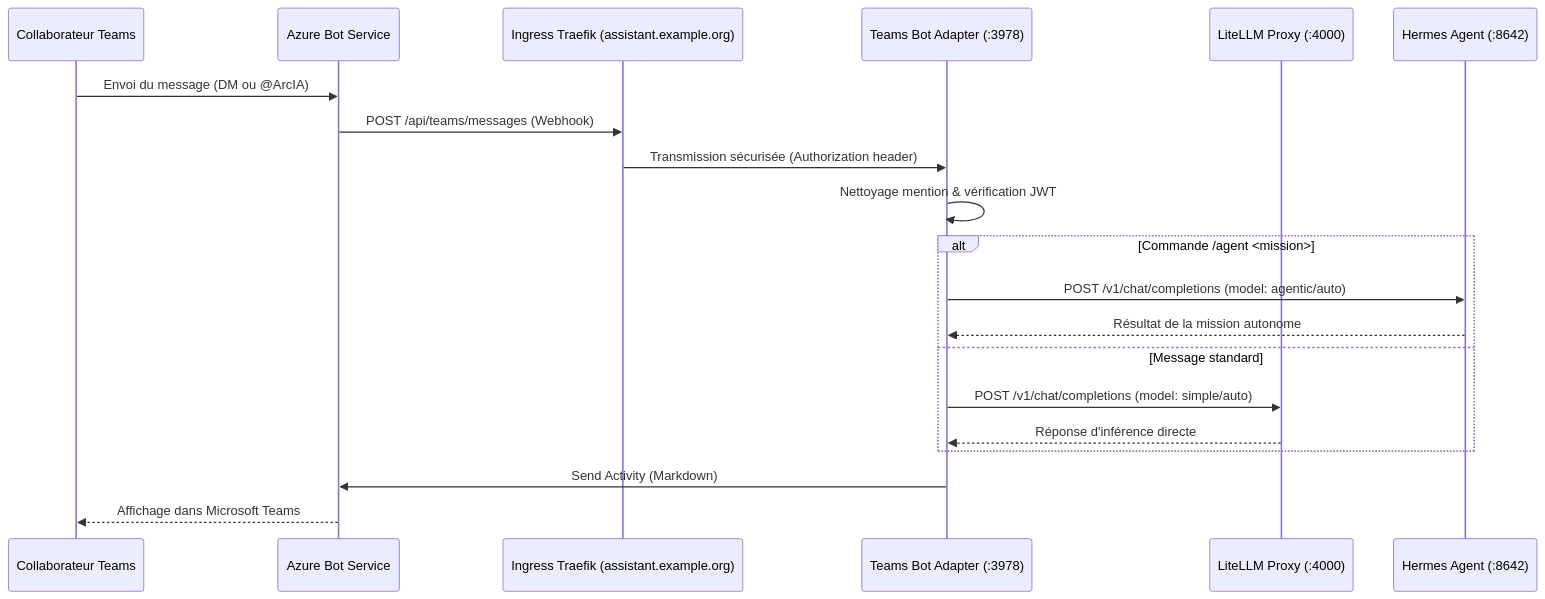
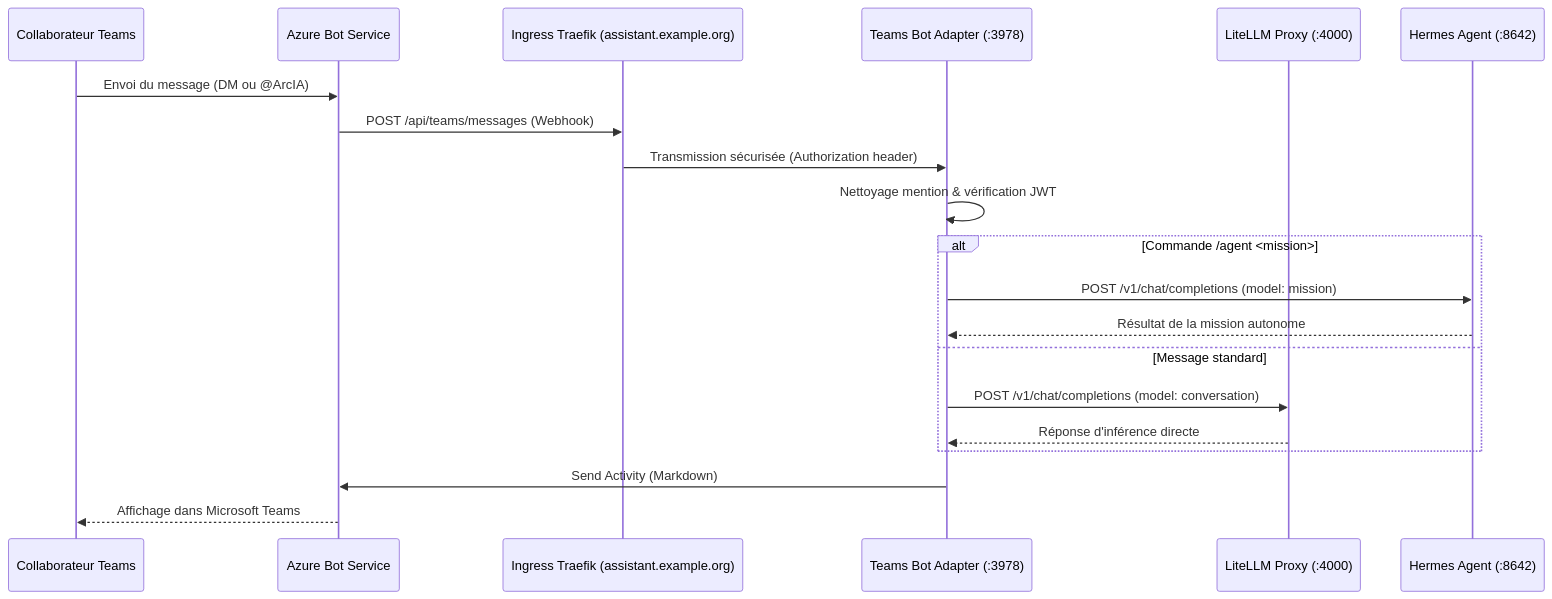
One commit to nicolastheuil/ArcIA changed the second of 2 diagrams in docs/guides/integration-teams.md. Above: the diagram before and after it, drawn with Mermaid. The commit also changed other lines of this file and 105 other files, not shown here.

````diff
--- a/docs/guides/integration-teams.md
+++ b/docs/guides/integration-teams.md
@@ -34,23 +34,23 @@
 ```mermaid
 sequenceDiagram
     participant User as Collaborateur Teams
     participant MS as Azure Bot Service
     participant Ingress as Ingress Traefik (assistant.example.org)
     participant Adapter as Teams Bot Adapter (:3978)
     participant LiteLLM as LiteLLM Proxy (:4000)
     participant Hermes as Hermes Agent (:8642)
 
     User->>MS: Envoi du message (DM ou @ArcIA)
     MS->>Ingress: POST /api/teams/messages (Webhook)
     Ingress->>Adapter: Transmission sécurisée (Authorization header)
     Adapter->>Adapter: Nettoyage mention & vérification JWT
     alt Commande /agent <mission>
-        Adapter->>Hermes: POST /v1/chat/completions (model: agentic/auto)
+        Adapter->>Hermes: POST /v1/chat/completions (model: mission)
         Hermes-->>Adapter: Résultat de la mission autonome
     else Message standard
-        Adapter->>LiteLLM: POST /v1/chat/completions (model: simple/auto)
+        Adapter->>LiteLLM: POST /v1/chat/completions (model: conversation)
         LiteLLM-->>Adapter: Réponse d'inférence directe
     end
     Adapter->>MS: Send Activity (Markdown)
     MS-->>User: Affichage dans Microsoft Teams
 ```
````
